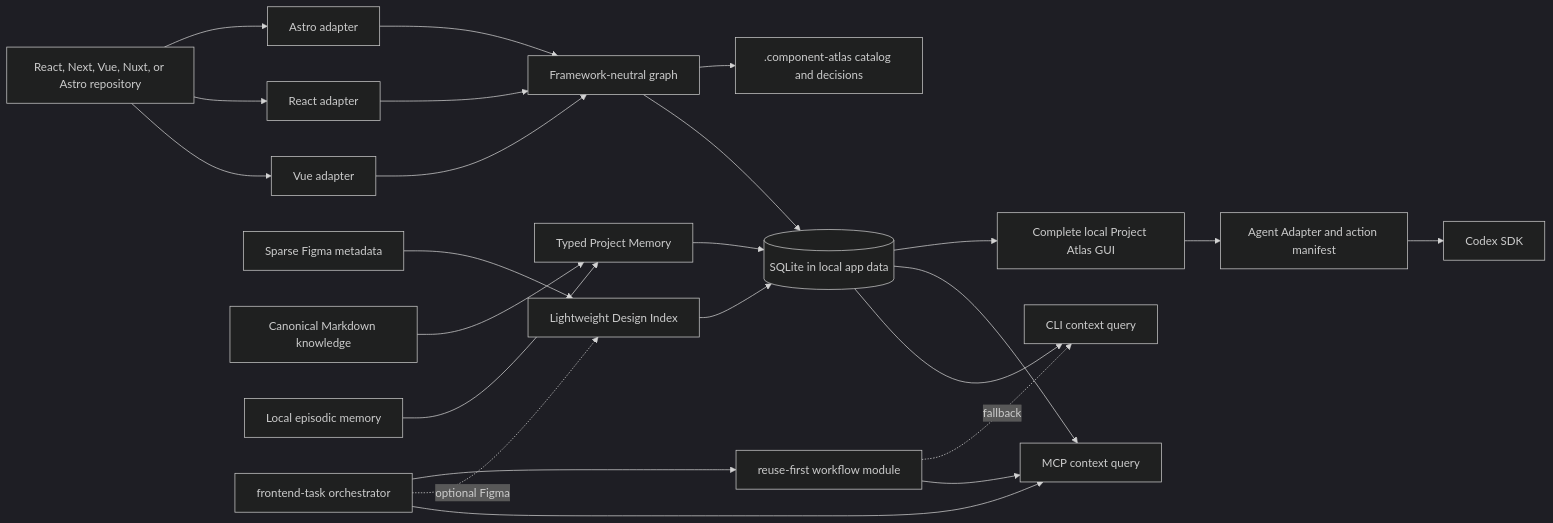
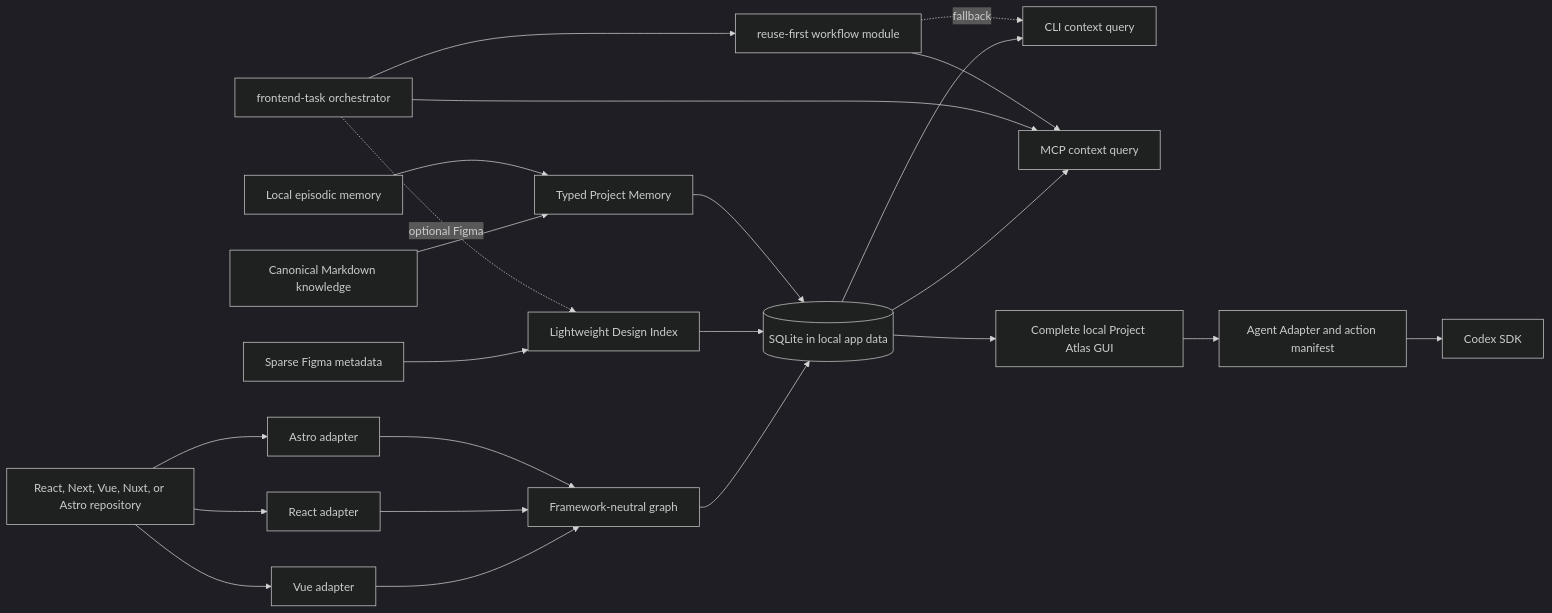
One commit to jesus-molano/project-atlas changed the diagram in docs/architecture.md. Above: the diagram before and after it, drawn with Mermaid (dark theme). The commit also changed other lines of this file and 22 other files, not shown here.

````diff
--- a/docs/architecture.md
+++ b/docs/architecture.md
@@ -7,46 +7,44 @@
 ```mermaid
 flowchart LR
   R[React, Next, Vue, Nuxt, or Astro repository]
   V[Vue adapter]
   X[React adapter]
   O[Astro adapter]
   G[Framework-neutral graph]
   F[Sparse Figma metadata]
   D[Lightweight Design Index]
   H[Canonical Markdown knowledge]
   E[Local episodic memory]
   P[Typed Project Memory]
   S[(SQLite in local app data)]
-  A[.component-atlas catalog and decisions]
   C[CLI context query]
   M[MCP context query]
   W[Complete local Project Atlas GUI]
   Q[Agent Adapter and action manifest]
   Z[Codex SDK]
   T[frontend-task orchestrator]
   K[reuse-first workflow module]
 
   R --> V
   R --> X
   R --> O
   V --> G
   X --> G
   O --> G
   F --> D
   G --> S
   D --> S
   H --> P
   E --> P
   P --> S
-  G --> A
   S --> C
   S --> M
   S --> W
   W --> Q
   Q --> Z
   T --> M
   T -. optional Figma .-> D
   T --> K
   K --> M
   K -. fallback .-> C
 ```
````
